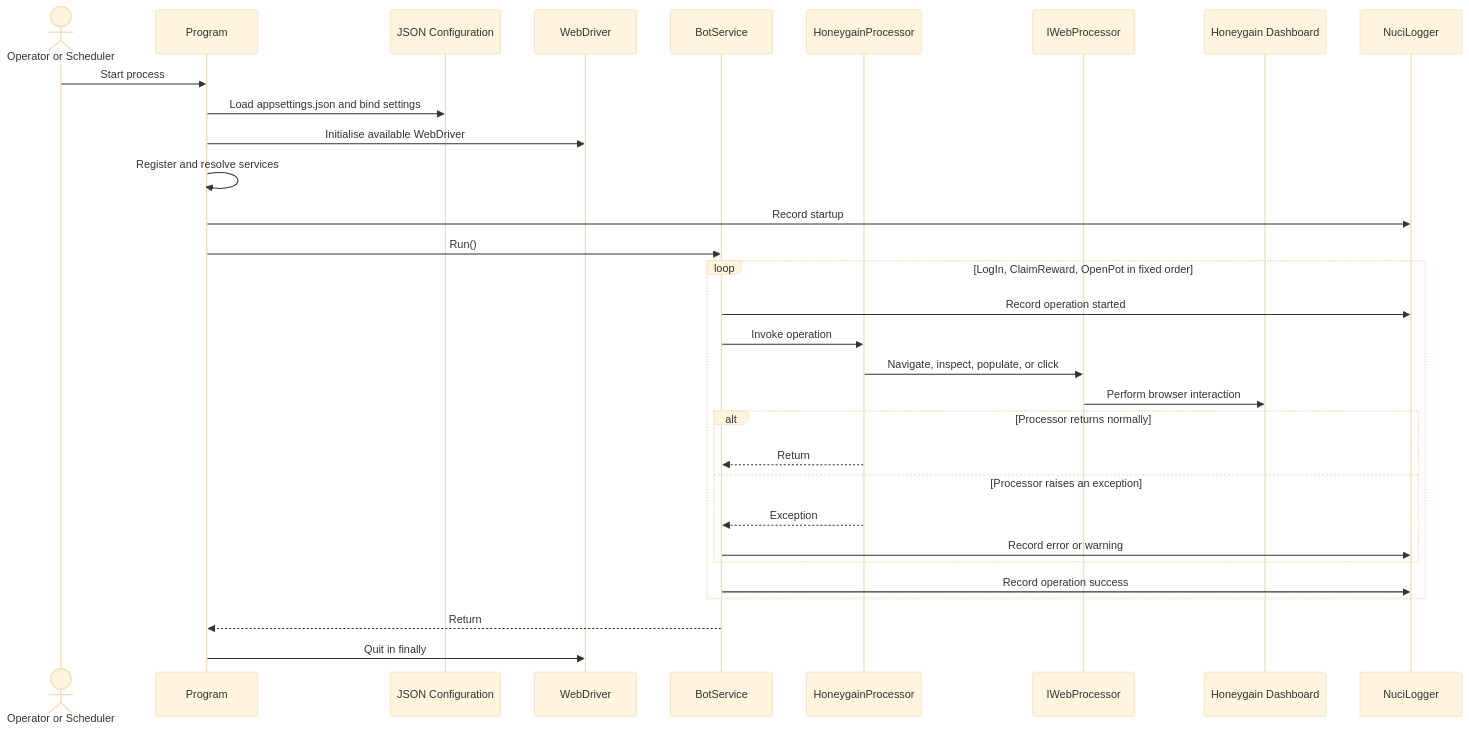
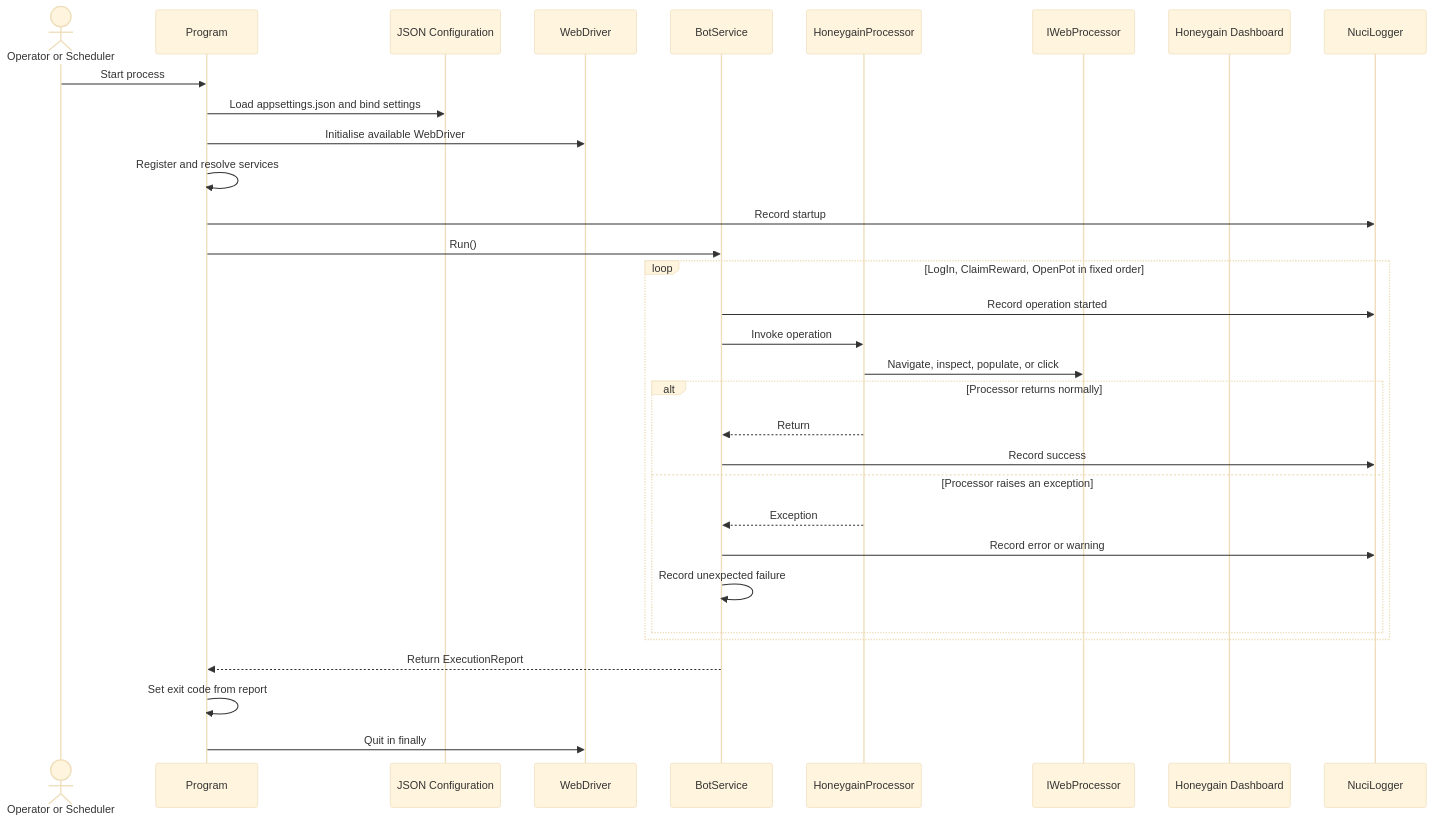
One commit to hmlendea/honeygain-pot-opener changed the third of 5 diagrams in ARCHITECTURE.md. Above: the diagram before and after it, drawn with Mermaid (base theme). The commit also changed other lines of this file and 42 other files, not shown here.

````diff
--- a/ARCHITECTURE.md
+++ b/ARCHITECTURE.md
@@ -118,36 +118,37 @@
 ```mermaid
 sequenceDiagram
     actor Initiator as Operator or Scheduler
     participant Program
     participant Configuration as JSON Configuration
     participant Driver as WebDriver
     participant Bot as BotService
     participant Processor as HoneygainProcessor
     participant Web as IWebProcessor
     participant Dashboard as Honeygain Dashboard
     participant Logger as NuciLogger
 
     Initiator->>Program: Start process
     Program->>Configuration: Load appsettings.json and bind settings
     Program->>Driver: Initialise available WebDriver
     Program->>Program: Register and resolve services
     Program->>Logger: Record startup
     Program->>Bot: Run()
 
     loop LogIn, ClaimReward, OpenPot in fixed order
         Bot->>Logger: Record operation started
         Bot->>Processor: Invoke operation
         Processor->>Web: Navigate, inspect, populate, or click
-        Web->>Dashboard: Perform browser interaction
         alt Processor returns normally
             Processor-->>Bot: Return
+            Bot->>Logger: Record success
         else Processor raises an exception
             Processor-->>Bot: Exception
             Bot->>Logger: Record error or warning
+            Bot->>Bot: Record unexpected failure
         end
-        Bot->>Logger: Record operation success
     end
 
-    Bot-->>Program: Return
+    Bot-->>Program: Return ExecutionReport
+    Program->>Program: Set exit code from report
     Program->>Driver: Quit in finally
 ```
````
